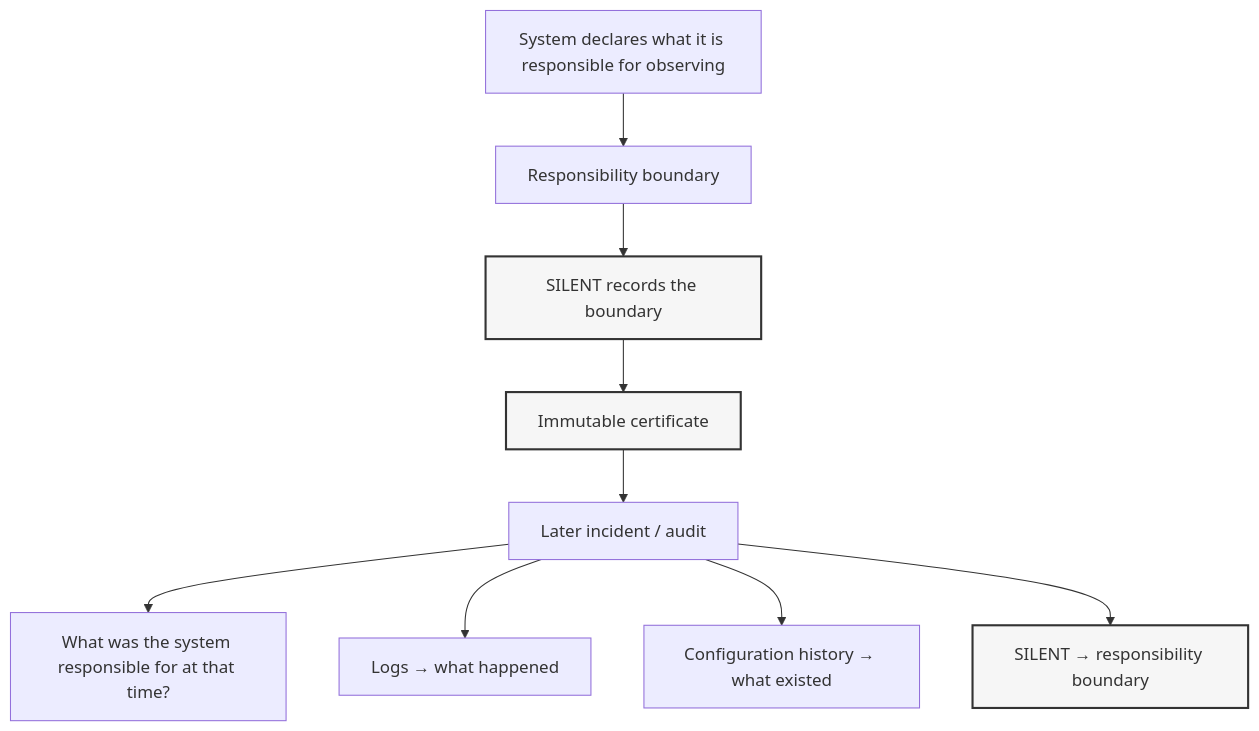
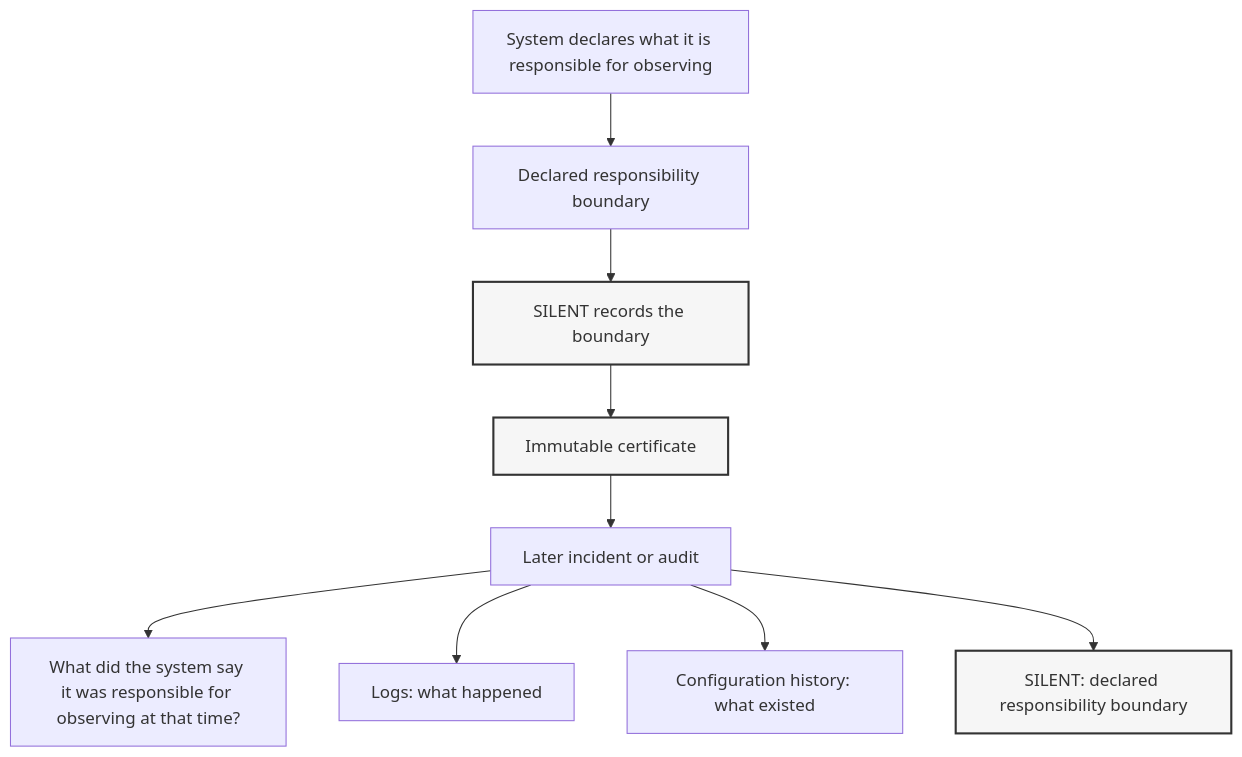
The diagram in README.md (oh-security/silent), drawn with Mermaid before and after one commit.

````diff
--- a/README.md
+++ b/README.md
@@ -117,18 +117,18 @@
 ```mermaid
 flowchart TD
 
 A[System declares what it is responsible for observing]
-A --> B[Responsibility boundary]
+A --> B[Declared responsibility boundary]
 B --> C[SILENT records the boundary]
 C --> D[Immutable certificate]
 
-D --> E[Later incident / audit]
-E --> F[What was the system responsible for at that time?]
+D --> E[Later incident or audit]
+E --> F[What did the system say it was responsible for observing at that time?]
 
-E --> G[Logs → what happened]
-E --> H[Configuration history → what existed]
-E --> I[SILENT → responsibility boundary]
+E --> G[Logs: what happened]
+E --> H[Configuration history: what existed]
+E --> I[SILENT: declared responsibility boundary]
 
 classDef silent fill:#f6f6f6,stroke:#333,stroke-width:2px;
 class C,D,I silent;
 ```
````
